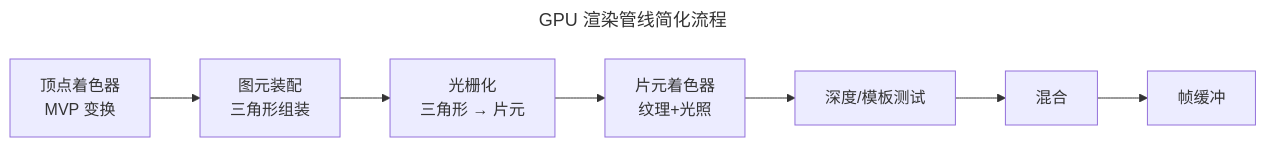
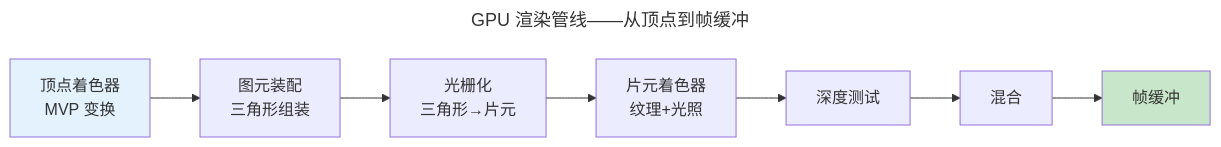
One commit to yadayanxue/silicon-strides changed the diagram in src/content/docs/05-wanxiang/01-gpu-rendering-pipeline.md. Above: the diagram before and after it, drawn with Mermaid. The commit also changed other lines of this file and 14 other files, not shown here.

Commit message:
docs: 内容全面补充——卷五+六+七+八共20章各加Mermaid图、深层论证、跨卷连接

````diff
--- a/src/content/docs/05-wanxiang/01-gpu-rendering-pipeline.md
+++ b/src/content/docs/05-wanxiang/01-gpu-rendering-pipeline.md
@@ -34,12 +16,15 @@
 ```mermaid
 ---
-title: GPU 渲染管线简化流程
+title: GPU 渲染管线——从顶点到帧缓冲
 ---
 graph LR
     VS["顶点着色器<br/>MVP 变换"] --> PA["图元装配<br/>三角形组装"]
-    PA --> RS["光栅化<br/>三角形 → 片元"]
+    PA --> RS["光栅化<br/>三角形→片元"]
     RS --> FS["片元着色器<br/>纹理+光照"]
-    FS --> DT["深度/模板测试"]
+    FS --> DT["深度测试"]
     DT --> BL["混合"]
     BL --> FB["帧缓冲"]
+
+    style VS fill:#e3f2fd
+    style FB fill:#c8e6c9
 ```
````
